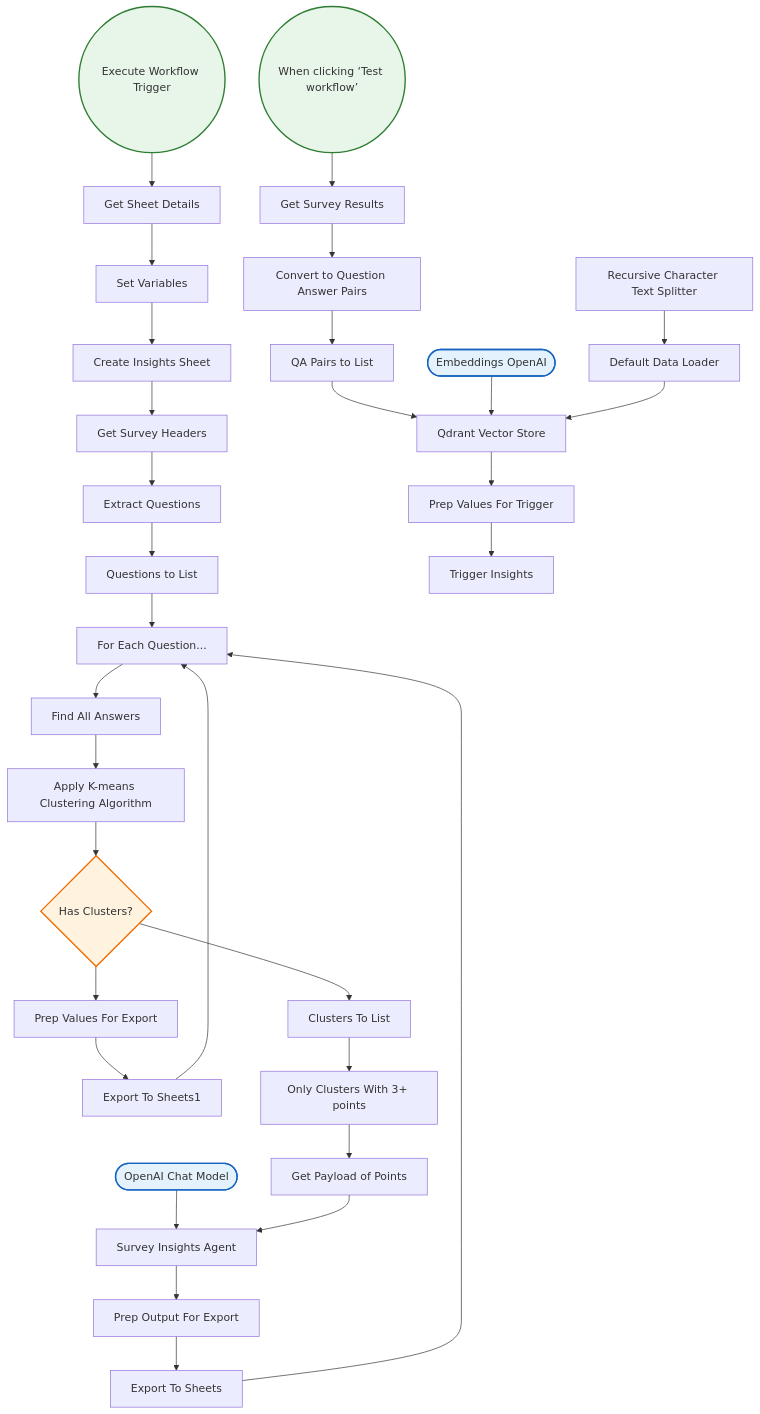
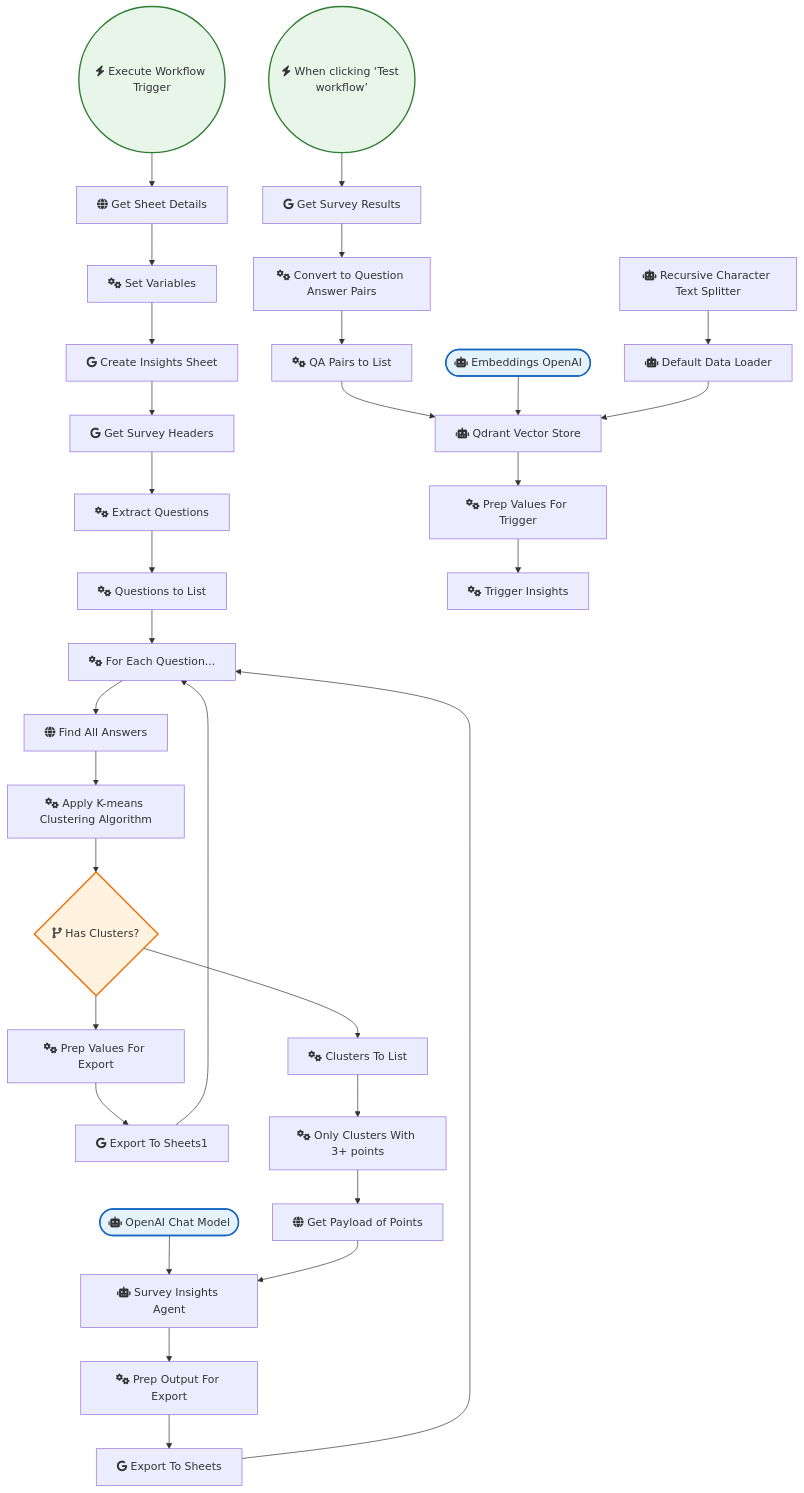
One commit to sreyash3105/N8N-DEMO-AUTOMATIONS changed the diagram in AI_Research_RAG_and_Data_Analysis/Survey Insights with Qdrant Python and Information Extractor.md. Above: the diagram before and after it, drawn with Mermaid. The commit also changed 291 other files, not shown here.

````diff
--- a/AI_Research_RAG_and_Data_Analysis/Survey Insights with Qdrant Python and Information Extractor.md
+++ b/AI_Research_RAG_and_Data_Analysis/Survey Insights with Qdrant Python and Information Extractor.md
@@ -1,68 +1,68 @@
 ```mermaid
 graph TD
     classDef trigger fill:#e8f5e9,stroke:#2e7d32,stroke-width:2px;
     classDef ai fill:#e3f2fd,stroke:#1565c0,stroke-width:2px;
     classDef logic fill:#fff3e0,stroke:#ef6c00,stroke-width:2px;
 
-    Embeddings_OpenAI(["Embeddings OpenAI"]):::ai
-    Default_Data_Loader["Default Data Loader"]
-    Convert_to_Question_Answer_Pairs["Convert to Question Answer Pairs"]
-    Recursive_Character_Text_Splitter["Recursive Character Text Splitter"]
-    Get_Survey_Results["Get Survey Results"]
-    Get_Survey_Headers["Get Survey Headers"]
-    Extract_Questions["Extract Questions"]
-    Questions_to_List["Questions to List"]
-    Find_All_Answers["Find All Answers"]
-    Get_Payload_of_Points["Get Payload of Points"]
-    Clusters_To_List["Clusters To List"]
-    Set_Variables["Set Variables"]
-    OpenAI_Chat_Model(["OpenAI Chat Model"]):::ai
-    Prep_Output_For_Export["Prep Output For Export"]
-    Export_To_Sheets["Export To Sheets"]
-    Export_To_Sheets1["Export To Sheets1"]
-    For_Each_Question___["For Each Question..."]
-    Trigger_Insights["Trigger Insights"]
-    Prep_Values_For_Trigger["Prep Values For Trigger"]
-    Execute_Workflow_Trigger(("Execute Workflow Trigger")):::trigger
-    Create_Insights_Sheet["Create Insights Sheet"]
-    Prep_Values_For_Export["Prep Values For Export"]
-    QA_Pairs_to_List["QA Pairs to List"]
-    Has_Clusters_{"Has Clusters?"}:::logic
-    When_clicking__Test_workflow_(("When clicking ‘Test workflow’")):::trigger
-    Get_Sheet_Details["Get Sheet Details"]
-    Only_Clusters_With_3__points["Only Clusters With 3+ points"]
-    Apply_K_means_Clustering_Algorithm["Apply K-means Clustering Algorithm"]
-    Qdrant_Vector_Store["Qdrant Vector Store"]
-    Survey_Insights_Agent["Survey Insights Agent"]
+    Embeddings_OpenAI(["fas:fa-robot Embeddings OpenAI"]):::ai
+    Default_Data_Loader["fas:fa-robot Default Data Loader"]
+    Convert_to_Question_Answer_Pairs["fas:fa-cogs Convert to Question Answer Pairs"]
+    Recursive_Character_Text_Splitter["fas:fa-robot Recursive Character Text Splitter"]
+    Get_Survey_Results["fab:fa-google Get Survey Results"]
+    Get_Survey_Headers["fab:fa-google Get Survey Headers"]
+    Extract_Questions["fas:fa-cogs Extract Questions"]
+    Questions_to_List["fas:fa-cogs Questions to List"]
+    Find_All_Answers["fas:fa-globe Find All Answers"]
+    Get_Payload_of_Points["fas:fa-globe Get Payload of Points"]
+    Clusters_To_List["fas:fa-cogs Clusters To List"]
+    Set_Variables["fas:fa-cogs Set Variables"]
+    OpenAI_Chat_Model(["fas:fa-robot OpenAI Chat Model"]):::ai
+    Prep_Output_For_Export["fas:fa-cogs Prep Output For Export"]
+    Export_To_Sheets["fab:fa-google Export To Sheets"]
+    Export_To_Sheets1["fab:fa-google Export To Sheets1"]
+    For_Each_Question___["fas:fa-cogs For Each Question..."]
+    Trigger_Insights["fas:fa-cogs Trigger Insights"]
+    Prep_Values_For_Trigger["fas:fa-cogs Prep Values For Trigger"]
+    Execute_Workflow_Trigger(("fas:fa-bolt Execute Workflow Trigger")):::trigger
+    Create_Insights_Sheet["fab:fa-google Create Insights Sheet"]
+    Prep_Values_For_Export["fas:fa-cogs Prep Values For Export"]
+    QA_Pairs_to_List["fas:fa-cogs QA Pairs to List"]
+    Has_Clusters_{"fas:fa-code-branch Has Clusters?"}:::logic
+    When_clicking__Test_workflow_(("fas:fa-bolt When clicking ‘Test workflow’")):::trigger
+    Get_Sheet_Details["fas:fa-globe Get Sheet Details"]
+    Only_Clusters_With_3__points["fas:fa-cogs Only Clusters With 3+ points"]
+    Apply_K_means_Clustering_Algorithm["fas:fa-cogs Apply K-means Clustering Algorithm"]
+    Qdrant_Vector_Store["fas:fa-robot Qdrant Vector Store"]
+    Survey_Insights_Agent["fas:fa-robot Survey Insights Agent"]
 
     Has_Clusters_ --> Clusters_To_List
     Has_Clusters_ --> Prep_Values_For_Export
     Set_Variables --> Create_Insights_Sheet
     Clusters_To_List --> Only_Clusters_With_3__points
     Export_To_Sheets --> For_Each_Question___
     Find_All_Answers --> Apply_K_means_Clustering_Algorithm
     QA_Pairs_to_List --> Qdrant_Vector_Store
     Embeddings_OpenAI --> Qdrant_Vector_Store
     Export_To_Sheets1 --> For_Each_Question___
     Extract_Questions --> Questions_to_List
     Get_Sheet_Details --> Set_Variables
     OpenAI_Chat_Model --> Survey_Insights_Agent
     Questions_to_List --> For_Each_Question___
     Get_Survey_Headers --> Extract_Questions
     Get_Survey_Results --> Convert_to_Question_Answer_Pairs
     Default_Data_Loader --> Qdrant_Vector_Store
     Qdrant_Vector_Store --> Prep_Values_For_Trigger
     For_Each_Question___ --> Find_All_Answers
     Create_Insights_Sheet --> Get_Survey_Headers
     Get_Payload_of_Points --> Survey_Insights_Agent
     Survey_Insights_Agent --> Prep_Output_For_Export
     Prep_Output_For_Export --> Export_To_Sheets
     Prep_Values_For_Export --> Export_To_Sheets1
     Prep_Values_For_Trigger --> Trigger_Insights
     Execute_Workflow_Trigger --> Get_Sheet_Details
     Only_Clusters_With_3__points --> Get_Payload_of_Points
     Convert_to_Question_Answer_Pairs --> QA_Pairs_to_List
     Recursive_Character_Text_Splitter --> Default_Data_Loader
     When_clicking__Test_workflow_ --> Get_Survey_Results
     Apply_K_means_Clustering_Algorithm --> Has_Clusters_
 ```
````
